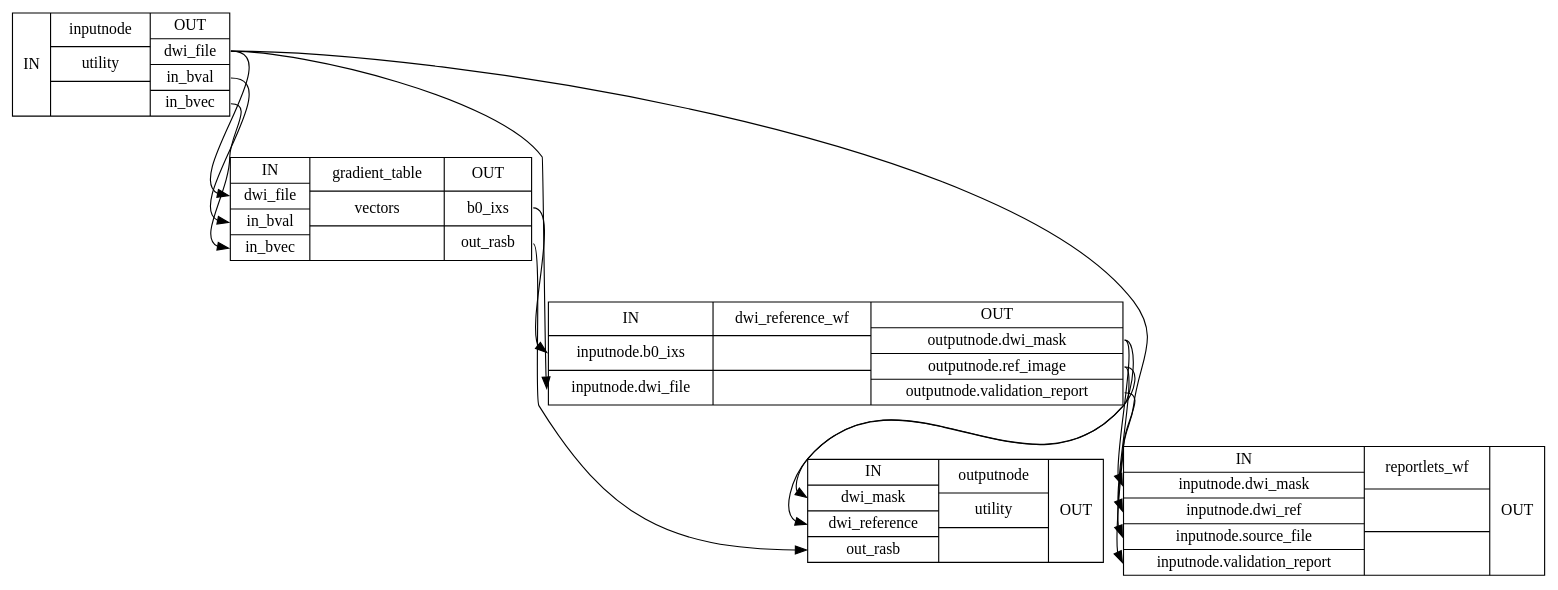
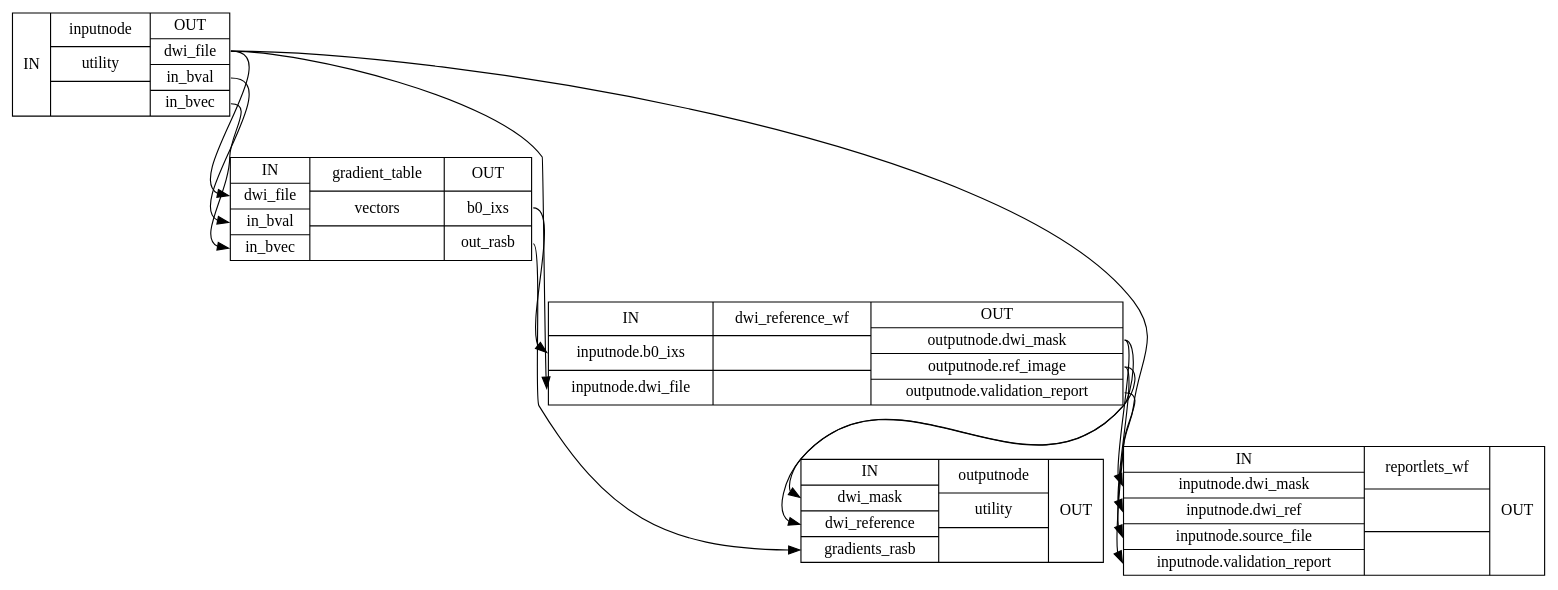
One commit to nipreps/dmriprep changed the diagram in wf_directive/api/early_b0ref_wf/dmriprep-workflows-dwi-base-1_detailed.dot. Above: the diagram before and after it, drawn with Graphviz. The commit also changed 252 other files, not shown here.

```diff
--- a/wf_directive/api/early_b0ref_wf/dmriprep-workflows-dwi-base-1_detailed.dot
+++ b/wf_directive/api/early_b0ref_wf/dmriprep-workflows-dwi-base-1_detailed.dot
@@ -1,20 +1,20 @@
 digraph structs {
 node [shape=record];
 early_b0ref_wfinputnode [label="{IN}|{ inputnode | utility |  }|{OUT|<outdwifile> dwi_file|<outinbval> in_bval|<outinbvec> in_bvec}"];
 early_b0ref_wfgradient_table [label="{IN|<indwifile> dwi_file|<ininbval> in_bval|<ininbvec> in_bvec}|{ gradient_table | vectors |  }|{OUT|<outb0ixs> b0_ixs|<outoutrasb> out_rasb}"];
 early_b0ref_wfdwi_reference_wf [label="{IN|<ininputnodeb0ixs> inputnode.b0_ixs|<ininputnodedwifile> inputnode.dwi_file}|{ dwi_reference_wf |  |  }|{OUT|<outoutputnodedwimask> outputnode.dwi_mask|<outoutputnoderefimage> outputnode.ref_image|<outoutputnodevalidationreport> outputnode.validation_report}"];
 early_b0ref_wfreportlets_wf [label="{IN|<ininputnodedwimask> inputnode.dwi_mask|<ininputnodedwiref> inputnode.dwi_ref|<ininputnodesourcefile> inputnode.source_file|<ininputnodevalidationreport> inputnode.validation_report}|{ reportlets_wf |  |  }|{OUT}"];
-early_b0ref_wfoutputnode [label="{IN|<indwimask> dwi_mask|<indwireference> dwi_reference|<inoutrasb> out_rasb}|{ outputnode | utility |  }|{OUT}"];
+early_b0ref_wfoutputnode [label="{IN|<indwimask> dwi_mask|<indwireference> dwi_reference|<ingradientsrasb> gradients_rasb}|{ outputnode | utility |  }|{OUT}"];
 early_b0ref_wfdwi_reference_wf:outoutputnodedwimask:e -> early_b0ref_wfoutputnode:indwimask:w;
 early_b0ref_wfdwi_reference_wf:outoutputnodedwimask:e -> early_b0ref_wfreportlets_wf:ininputnodedwimask:w;
 early_b0ref_wfdwi_reference_wf:outoutputnoderefimage:e -> early_b0ref_wfoutputnode:indwireference:w;
 early_b0ref_wfdwi_reference_wf:outoutputnoderefimage:e -> early_b0ref_wfreportlets_wf:ininputnodedwiref:w;
 early_b0ref_wfdwi_reference_wf:outoutputnodevalidationreport:e -> early_b0ref_wfreportlets_wf:ininputnodevalidationreport:w;
 early_b0ref_wfgradient_table:outb0ixs:e -> early_b0ref_wfdwi_reference_wf:ininputnodeb0ixs:w;
-early_b0ref_wfgradient_table:outoutrasb:e -> early_b0ref_wfoutputnode:inoutrasb:w;
+early_b0ref_wfgradient_table:outoutrasb:e -> early_b0ref_wfoutputnode:ingradientsrasb:w;
 early_b0ref_wfinputnode:outdwifile:e -> early_b0ref_wfdwi_reference_wf:ininputnodedwifile:w;
 early_b0ref_wfinputnode:outdwifile:e -> early_b0ref_wfgradient_table:indwifile:w;
 early_b0ref_wfinputnode:outdwifile:e -> early_b0ref_wfreportlets_wf:ininputnodesourcefile:w;
 early_b0ref_wfinputnode:outinbval:e -> early_b0ref_wfgradient_table:ininbval:w;
 early_b0ref_wfinputnode:outinbvec:e -> early_b0ref_wfgradient_table:ininbvec:w;
 }
```
